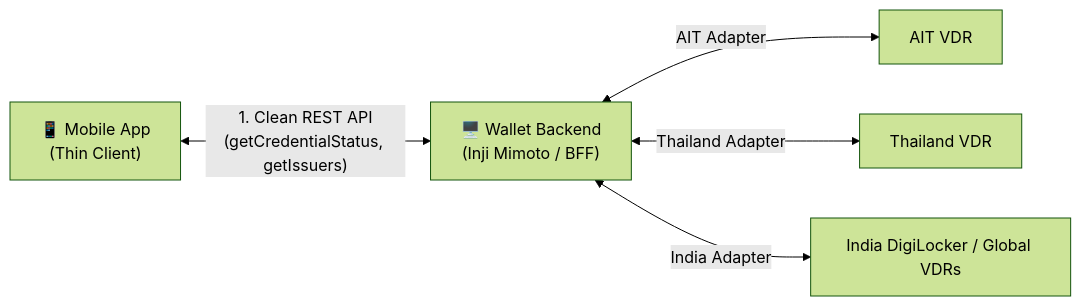
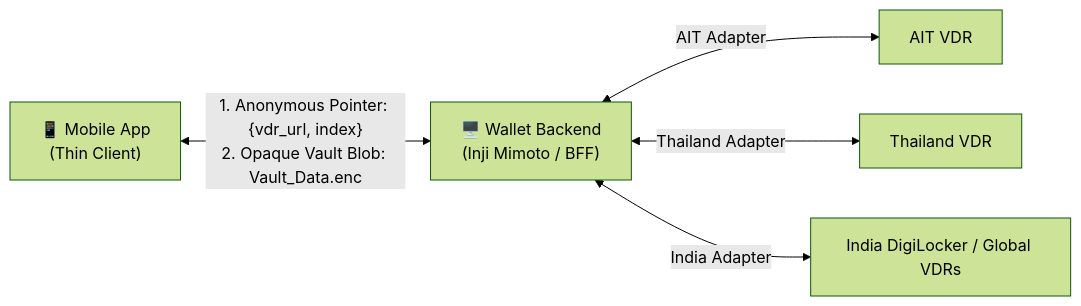
One commit to mosip-asia/ait-wallet changed the third of 3 diagrams in docs/ARCHITECTURE.md. Above: the diagram before and after it, drawn with Mermaid (forest theme). The commit also changed other lines of this file and 4 other files, not shown here.

````diff
--- a/docs/ARCHITECTURE.md
+++ b/docs/ARCHITECTURE.md
@@ -168,13 +168,13 @@
 ```mermaid
 flowchart LR
     Mobile["📱 Mobile App\n(Thin Client)"]
     Backend["🖥️ Wallet Backend\n(Inji Mimoto / BFF)"]
     VDR_AIT["AIT VDR"]
     VDR_Thai["Thailand VDR"]
     VDR_India["India DigiLocker / Global VDRs"]
 
-    Mobile <-->|"1. Clean REST API\n(getCredentialStatus, getIssuers)"| Backend
+    Mobile <-->|"1. Anonymous Pointer: {vdr_url, index}\n2. Opaque Vault Blob: Vault_Data.enc"| Backend
     Backend <-->|"AIT Adapter"| VDR_AIT
     Backend <-->|"Thailand Adapter"| VDR_Thai
     Backend <-->|"India Adapter"| VDR_India
 ```
````
